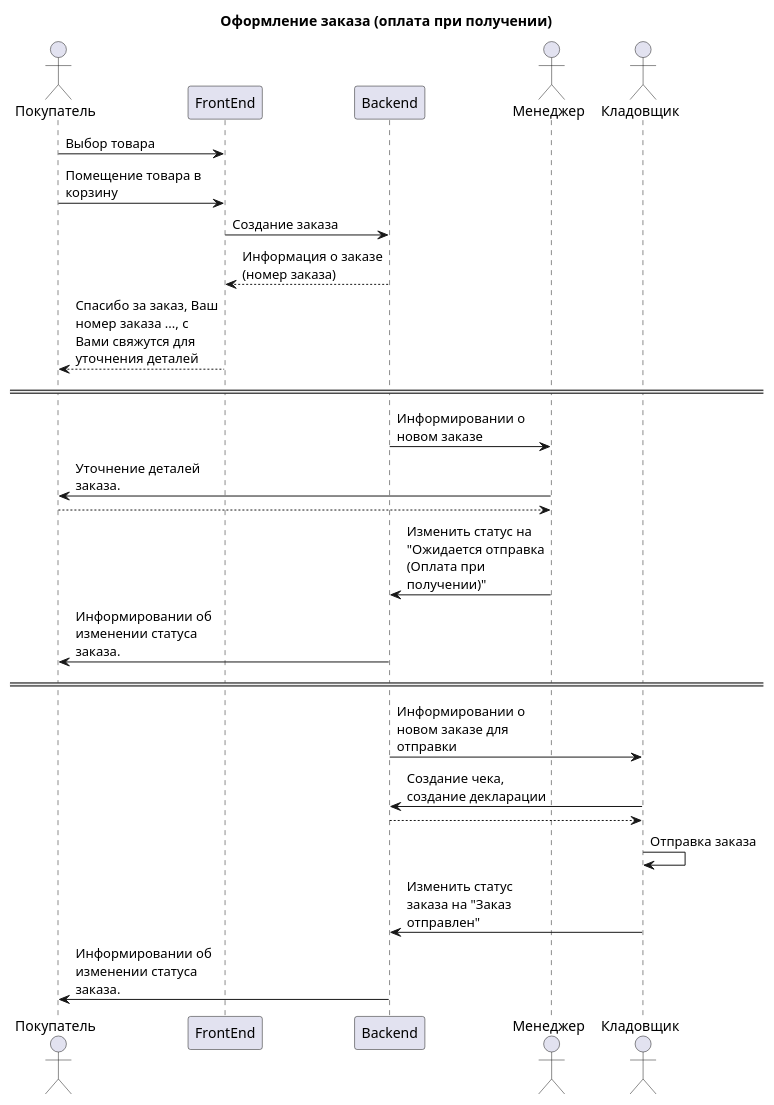
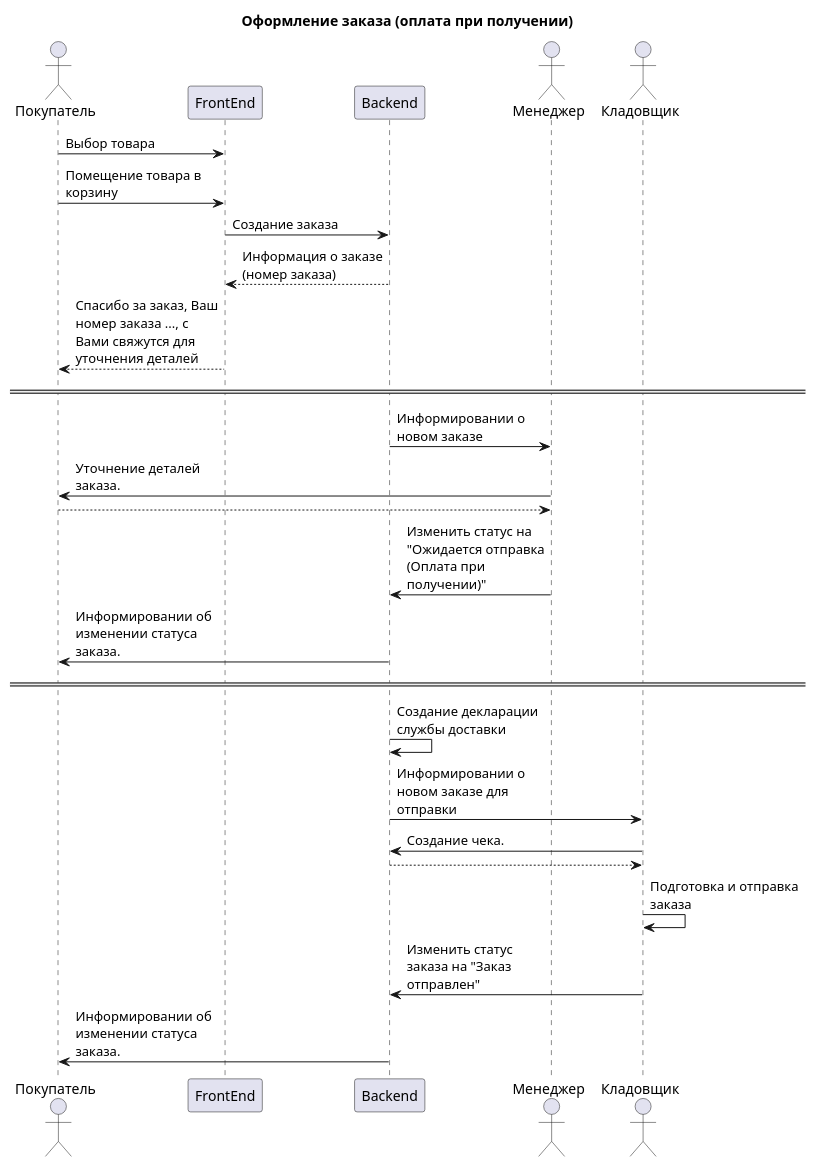
Before and after one commit to VadimShtukan/per.ua.ms: the diagram in documentation/use_case/create_order_1.puml, drawn with PlantUML. The commit also changed 14 other files, not shown here.

```diff
--- a/documentation/use_case/create_order_1.puml
+++ b/documentation/use_case/create_order_1.puml
@@ -1,32 +1,33 @@
 @startuml
 title Оформление заказа (оплата при получении)
 skinparam maxmessagesize 150
 
 actor Покупатель as User
 participant "FrontEnd" as FrontEnd
 participant "Backend" as Backend
 actor Менеджер as Manager
 actor Кладовщик as StockMan
 
 User -> FrontEnd: Выбор товара
 User -> FrontEnd: Помещение товара в корзину
 FrontEnd -> Backend: Создание заказа
 Backend --> FrontEnd: Информация о заказе (номер заказа)
 FrontEnd --> User: Спасибо за заказ, Ваш номер заказа ..., с Вами свяжутся для уточнения деталей
 
 ==  ==
 Backend -> Manager: Информировании о новом заказе
 Manager -> User: Уточнение деталей заказа.
 User --> Manager:
 Manager -> Backend: Изменить статус на "Ожидается отправка (Оплата при получении)"
 Backend -> User: Информировании об изменении статуса заказа.
 ==  ==
+Backend -> Backend: Создание декларации службы доставки
 Backend -> StockMan: Информировании о новом заказе для отправки
-StockMan -> Backend: Создание чека, создание декларации
+StockMan -> Backend: Создание чека.
 Backend --> StockMan:
-StockMan -> StockMan: Отправка заказа
+StockMan -> StockMan: Подготовка и отправка заказа
 StockMan -> Backend: Изменить статус заказа на "Заказ отправлен"
 Backend -> User: Информировании об изменении статуса заказа.
 
 
 @enduml
```
